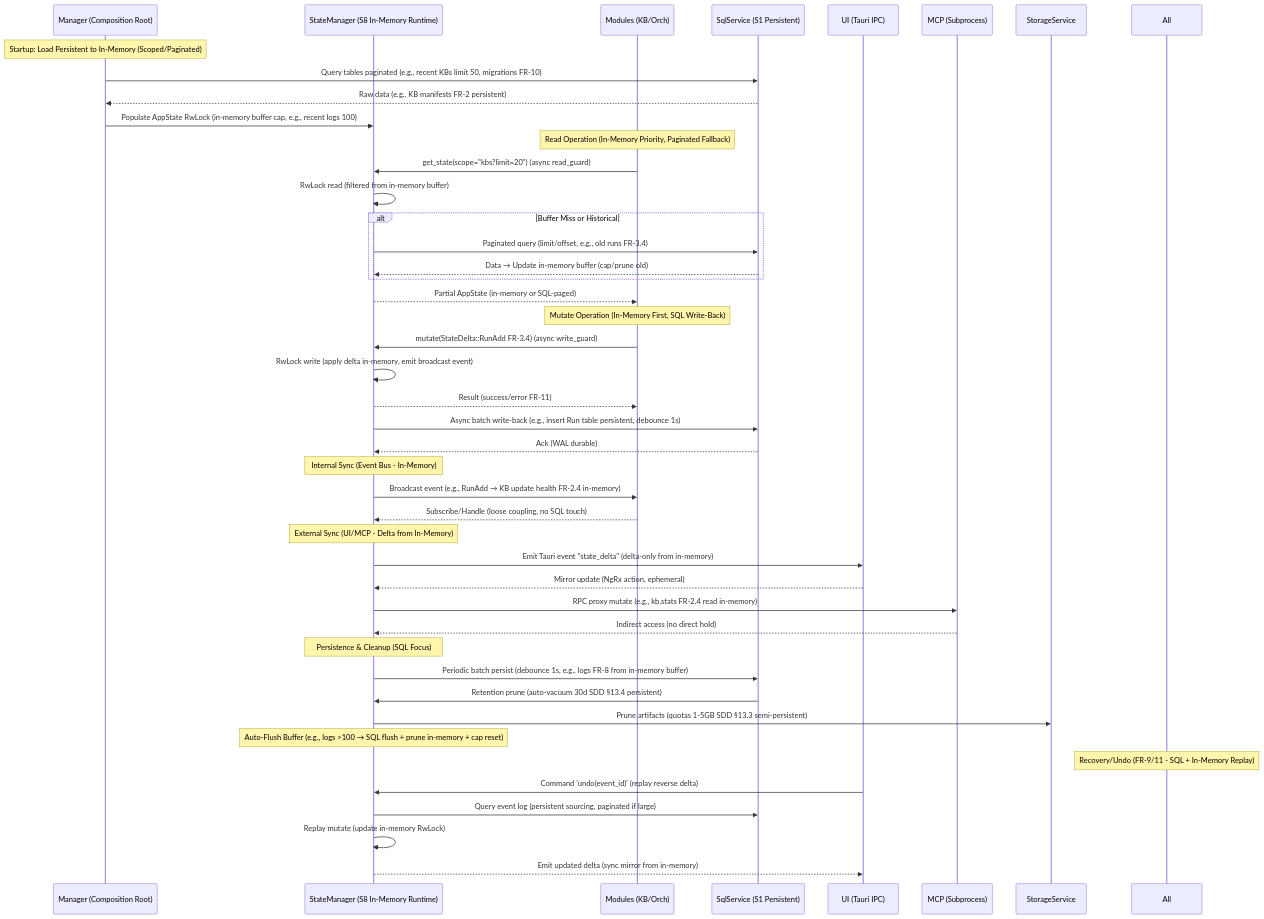
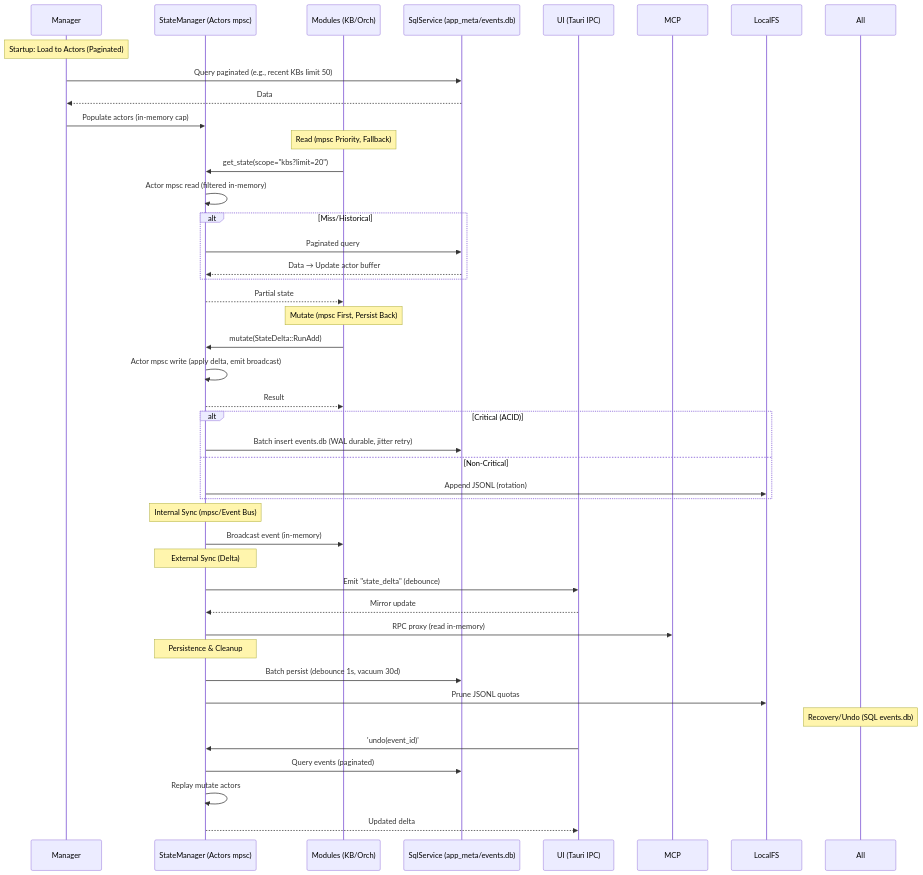
The sixth of 6 diagrams in docs/CORE_DESIGN.md (tamvcspk/rag-studio), drawn with Mermaid before and after one commit. The commit also changed other lines of this file, not shown here.

````diff
--- a/docs/CORE_DESIGN.md
+++ b/docs/CORE_DESIGN.md
@@ -386,52 +376,51 @@
 ```mermaid
 sequenceDiagram
-    participant Manager as Manager (Composition Root)
-    participant StateMgr as StateManager (S8 In-Memory Runtime)
+    participant Manager as Manager
+    participant StateMgr as StateManager (Actors mpsc)
     participant Modules as Modules (KB/Orch)
-    participant SQL as SqlService (S1 Persistent)
+    participant SQL as SqlService (app_meta/events.db)
     participant UI as UI (Tauri IPC)
-    participant MCP as MCP (Subprocess)
+    participant MCP as MCP
 
-    Note over Manager: Startup: Load Persistent to In-Memory (Scoped/Paginated)
-    Manager->>SQL: Query tables paginated (e.g., recent KBs limit 50, migrations FR-10)
-    SQL-->>Manager: Raw data (e.g., KB manifests FR-2 persistent)
-    Manager->>StateMgr: Populate AppState RwLock (in-memory buffer cap, e.g., recent logs 100)
+    Note over Manager: Startup: Load to Actors (Paginated)
+    Manager->>SQL: Query paginated (e.g., recent KBs limit 50)
+    SQL-->>Manager: Data
+    Manager->>StateMgr: Populate actors (in-memory cap)
 
-    Note over Modules: Read Operation (In-Memory Priority, Paginated Fallback)
-    Modules->>StateMgr: get_state(scope="kbs?limit=20") (async read_guard)
-    StateMgr->>StateMgr: RwLock read (filtered from in-memory buffer)
-    alt Buffer Miss or Historical
-        StateMgr->>SQL: Paginated query (limit/offset, e.g., old runs FR-3.4)
-        SQL-->>StateMgr: Data → Update in-memory buffer (cap/prune old)
+    Note over Modules: Read (mpsc Priority, Fallback)
+    Modules->>StateMgr: get_state(scope="kbs?limit=20")
+    StateMgr->>StateMgr: Actor mpsc read (filtered in-memory)
+    alt Miss/Historical
+        StateMgr->>SQL: Paginated query
+        SQL-->>StateMgr: Data → Update actor buffer
     end
-    StateMgr-->>Modules: Partial AppState (in-memory or SQL-paged)
+    StateMgr-->>Modules: Partial state
 
-    Note over Modules: Mutate Operation (In-Memory First, SQL Write-Back)
-    Modules->>StateMgr: mutate(StateDelta::RunAdd FR-3.4) (async write_guard)
-    StateMgr->>StateMgr: RwLock write (apply delta in-memory, emit broadcast event)
-    StateMgr-->>Modules: Result (success/error FR-11)
-    StateMgr->>SQL: Async batch write-back (e.g., insert Run table persistent, debounce 1s)
-    SQL-->>StateMgr: Ack (WAL durable)
+    Note over Modules: Mutate (mpsc First, Persist Back)
+    Modules->>StateMgr: mutate(StateDelta::RunAdd)
+    StateMgr->>StateMgr: Actor mpsc write (apply delta, emit broadcast)
+    StateMgr-->>Modules: Result
+    alt Critical (ACID)
+        StateMgr->>SQL: Batch insert events.db (WAL durable, jitter retry)
+    else Non-Critical
+        StateMgr->>LocalFS: Append JSONL (rotation)
+    end
 
-    Note over StateMgr: Internal Sync (Event Bus - In-Memory)
-    StateMgr->>Modules: Broadcast event (e.g., RunAdd → KB update health FR-2.4 in-memory)
-    Modules-->>StateMgr: Subscribe/Handle (loose coupling, no SQL touch)
+    Note over StateMgr: Internal Sync (mpsc/Event Bus)
+    StateMgr->>Modules: Broadcast event (in-memory)
 
-    Note over StateMgr: External Sync (UI/MCP - Delta from In-Memory)
-    StateMgr->>UI: Emit Tauri event "state_delta" (delta-only from in-memory)
-    UI-->>StateMgr: Mirror update (NgRx action, ephemeral)
-    StateMgr->>MCP: RPC proxy mutate (e.g., kb.stats FR-2.4 read in-memory)
-    MCP-->>StateMgr: Indirect access (no direct hold)
+    Note over StateMgr: External Sync (Delta)
+    StateMgr->>UI: Emit "state_delta" (debounce)
+    UI-->>StateMgr: Mirror update
+    StateMgr->>MCP: RPC proxy (read in-memory)
 
-    Note over StateMgr: Persistence & Cleanup (SQL Focus)
-    StateMgr->>SQL: Periodic batch persist (debounce 1s, e.g., logs FR-8 from in-memory buffer)
-    SQL->>StateMgr: Retention prune (auto-vacuum 30d SDD §13.4 persistent)
-    StateMgr->>StorageService: Prune artifacts (quotas 1-5GB SDD §13.3 semi-persistent)
-    Note over StateMgr: Auto-Flush Buffer (e.g., logs >100 → SQL flush + prune in-memory + cap reset)
+    Note over StateMgr: Persistence & Cleanup
+    StateMgr->>SQL: Batch persist (debounce 1s, vacuum 30d)
+    StateMgr->>LocalFS: Prune JSONL quotas
 
-    Note over All: Recovery/Undo (FR-9/11 - SQL + In-Memory Replay)
-    UI->>StateMgr: Command 'undo(event_id)' (replay reverse delta)
-    StateMgr->>SQL: Query event log (persistent sourcing, paginated if large)
-    StateMgr->>StateMgr: Replay mutate (update in-memory RwLock)
-    StateMgr-->>UI: Emit updated delta (sync mirror from in-memory)
+    Note over All: Recovery/Undo (SQL events.db)
+    UI->>StateMgr: 'undo(event_id)'
+    StateMgr->>SQL: Query events (paginated)
+    StateMgr->>StateMgr: Replay mutate actors
+    StateMgr-->>UI: Updated delta
 ```
````
